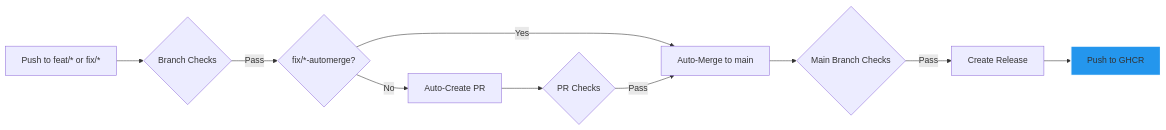
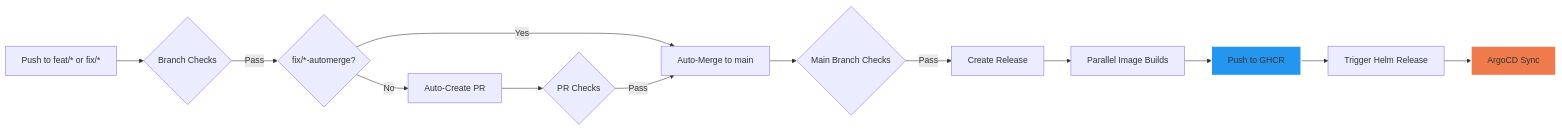
The second of 2 diagrams in README.md (datascientest-fastAPI-project-group-25/fastAPI-project-app), drawn with Mermaid before and after one commit. The commit also changed other lines of this file, not shown here.

````diff
--- a/README.md
+++ b/README.md
@@ -348,13 +348,17 @@
 ```mermaid
 graph LR
     A[Push to feat/* or fix/*] --> B{Branch Checks}
     B -->|Pass| C{fix/*-automerge?}
     C -->|No| D[Auto-Create PR]
     C -->|Yes| E[Auto-Merge to main]
     D --> F{PR Checks}
     F -->|Pass| E
     E --> G{Main Branch Checks}
     G -->|Pass| H[Create Release]
-    H --> I[Push to GHCR]
-    style I fill:#2496ED,stroke:#fff,stroke-width:2px
+    H --> I[Parallel Image Builds]
+    I --> J[Push to GHCR]
+    J --> K[Trigger Helm Release]
+    K --> L[ArgoCD Sync]
+    style J fill:#2496ED,stroke:#fff,stroke-width:2px
+    style L fill:#EF7B4D,stroke:#fff,stroke-width:2px
 ```
````
